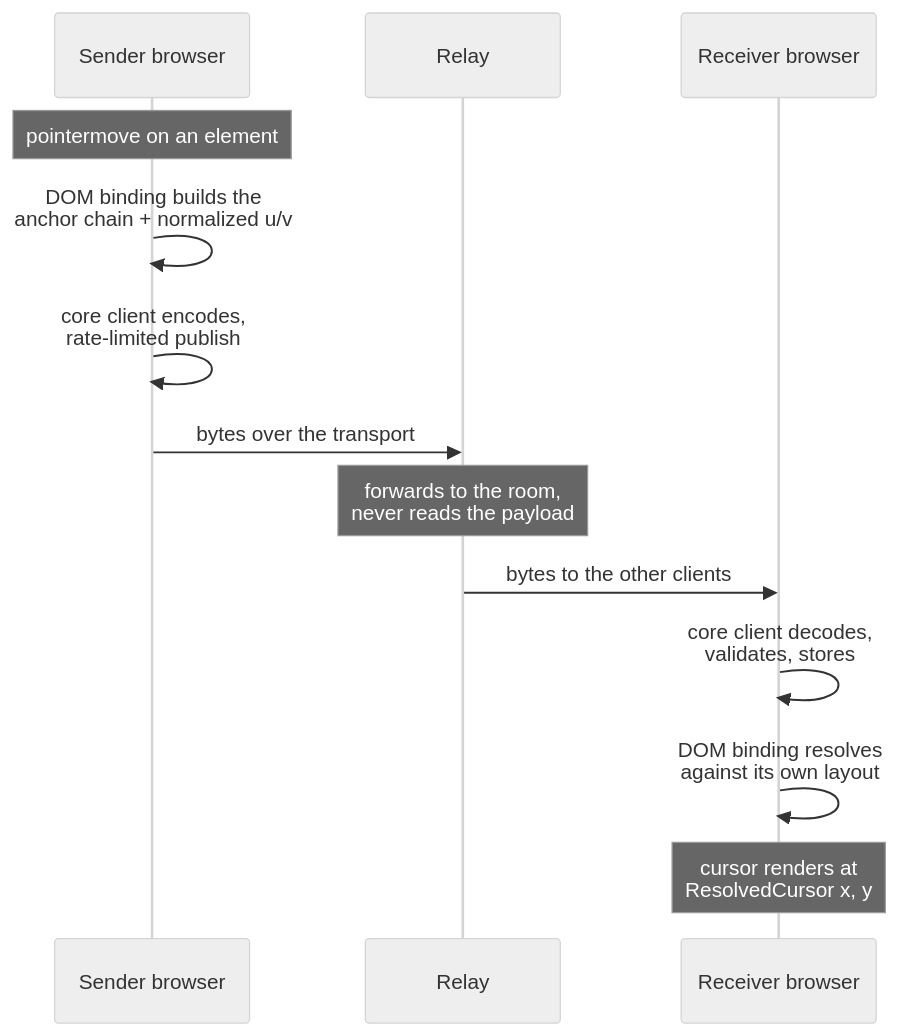
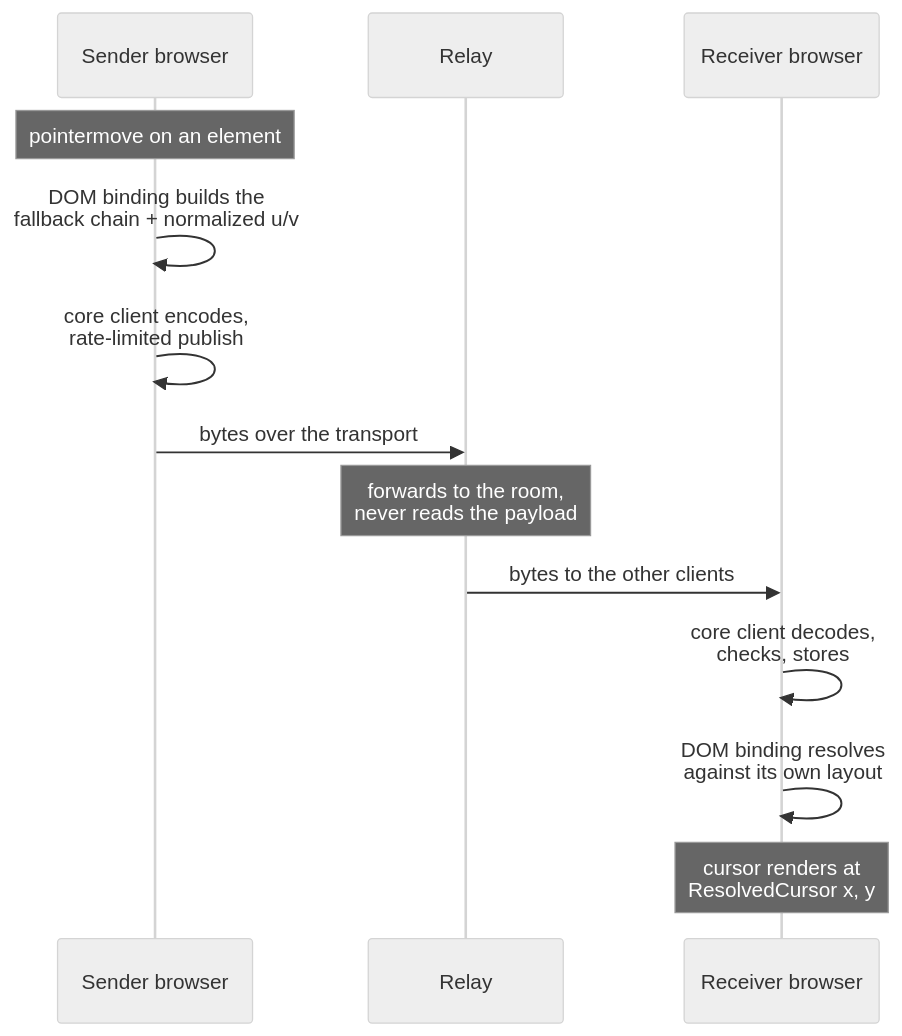
Before and after one commit to DammersCode/anchor-presence: the second of 2 diagrams in apps/docs/content/docs/get-started/concepts/how-it-works.mdx, drawn with Mermaid (neutral theme). The commit also changed other lines of this file and 76 other files, not shown here.

Commit message:
fix the remaining docs rows: signalr client lifecycle, shape check and binding hook docs, readmes and typed sample copies

````diff
--- a/apps/docs/content/docs/get-started/concepts/how-it-works.mdx
+++ b/apps/docs/content/docs/get-started/concepts/how-it-works.mdx
@@ -35,18 +35,18 @@
 ```mermaid
 sequenceDiagram
     accTitle: Sender to receiver flow
-    accDescr: The sender encodes a pointer move as an anchor chain and sends the bytes to the relay. The relay forwards them to the room. The receiver decodes them and resolves the cursor against its own layout.
+    accDescr: The sender encodes a pointer move as a fallback chain and sends the bytes to the relay. The relay forwards them to the room. The receiver decodes them and resolves the cursor against its own layout.
     participant S as Sender browser
     participant R as Relay
     participant V as Receiver browser
 
     Note over S: pointermove on an element
-    S->>S: DOM binding builds the<br/>anchor chain + normalized u/v
+    S->>S: DOM binding builds the<br/>fallback chain + normalized u/v
     S->>S: core client encodes,<br/>rate-limited publish
     S->>R: bytes over the transport
     Note over R: forwards to the room,<br/>never reads the payload
     R->>V: bytes to the other clients
-    V->>V: core client decodes,<br/>validates, stores
+    V->>V: core client decodes,<br/>checks, stores
     V->>V: DOM binding resolves<br/>against its own layout
     Note over V: cursor renders at<br/>ResolvedCursor x, y
 ```
````
